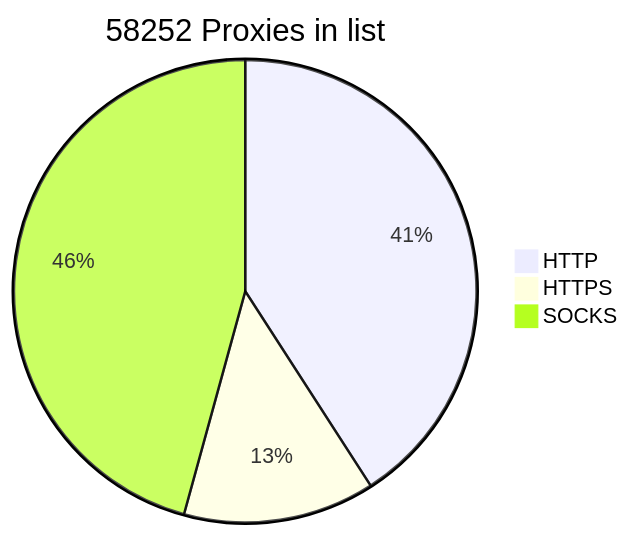
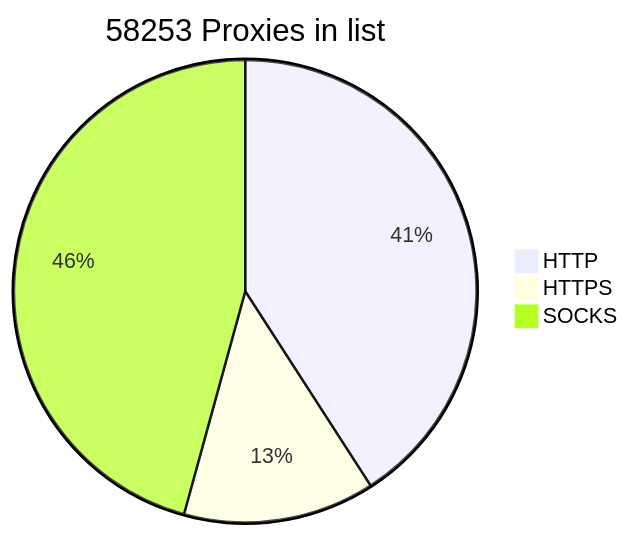
One commit to BlackSnowDot/proxylist-update-every-minute changed the diagram in README.md. Above: the diagram before and after it, drawn with Mermaid.

````diff
--- a/README.md
+++ b/README.md
@@ -2,6 +2,6 @@
 ```mermaid
-pie title 58252 Proxies in list
-    "HTTP" : 26831
+pie title 58253 Proxies in list
+    "HTTP" : 26832
     "HTTPS": 8786
     "SOCKS" : 30015
 ```
````
